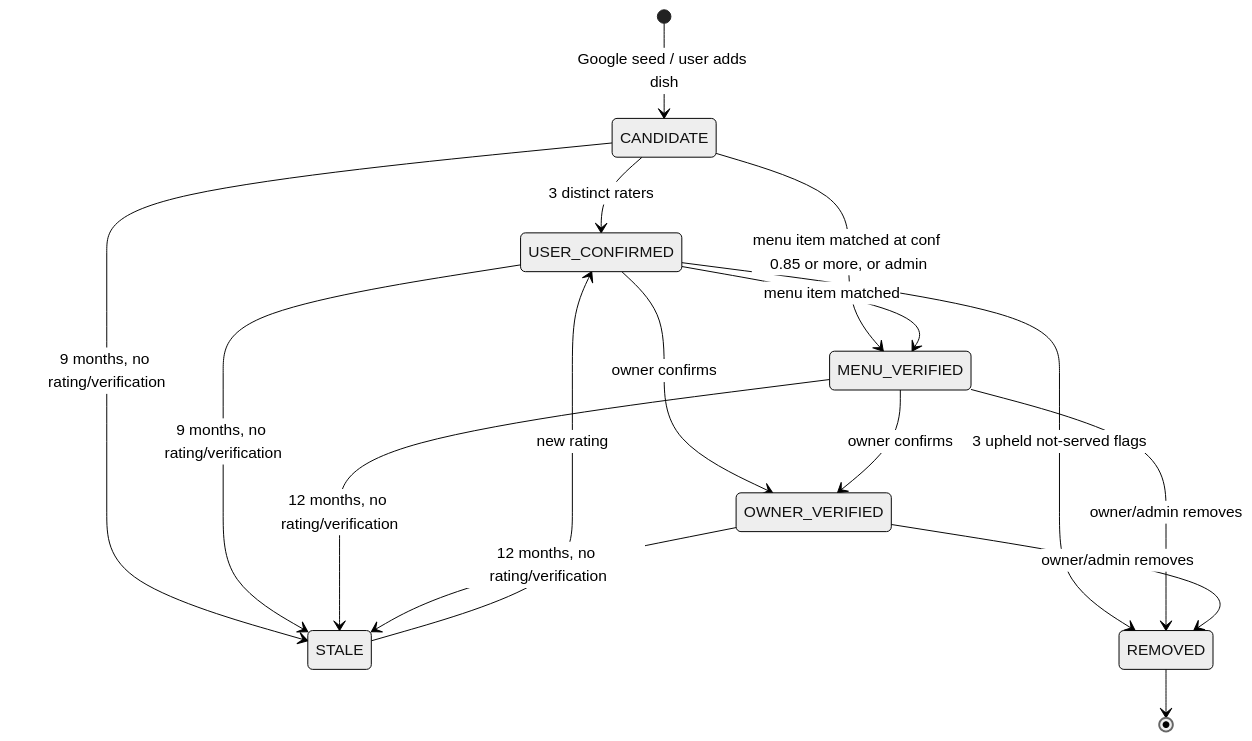
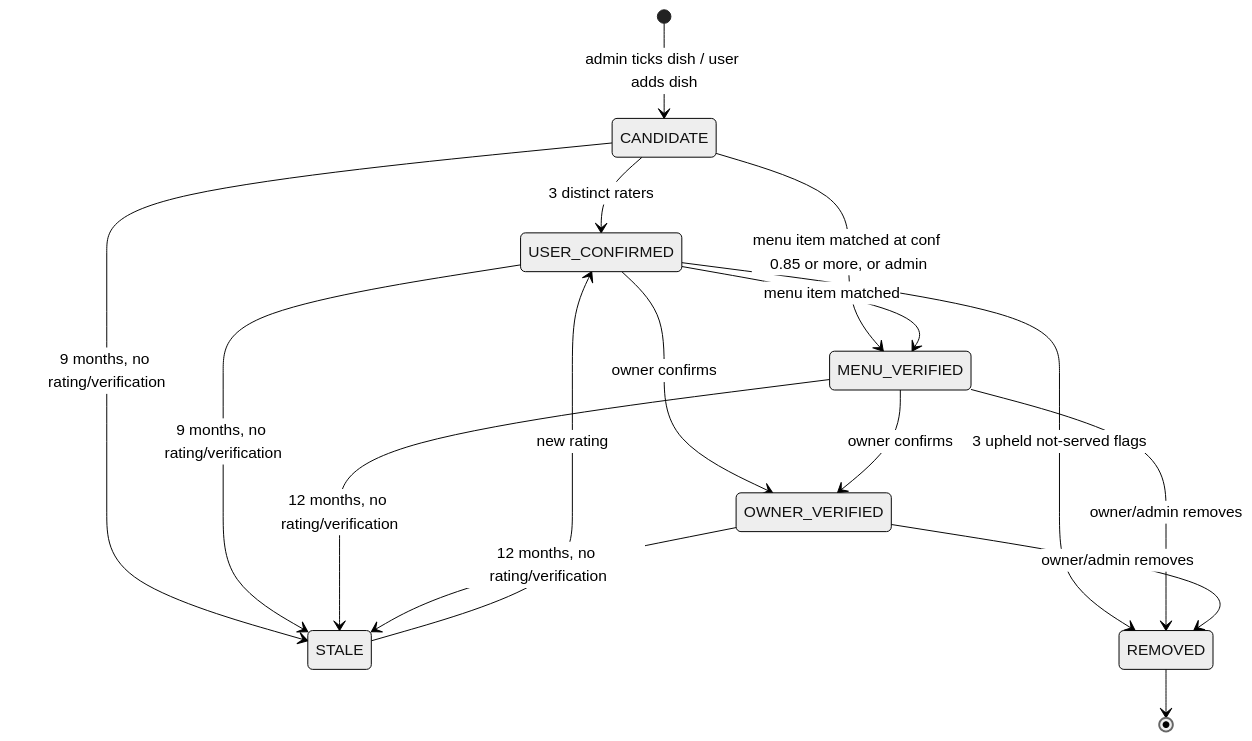
The diagram in docs/diagrams/restaurant-dish-lifecycle.mmd (JawadSarfraz/dishrank), drawn with Mermaid (neutral theme) before and after one commit. The commit also changed 19 other files, not shown here.

```diff
--- a/docs/diagrams/restaurant-dish-lifecycle.mmd
+++ b/docs/diagrams/restaurant-dish-lifecycle.mmd
@@ -1,16 +1,16 @@
 stateDiagram-v2
-  [*] --> CANDIDATE: Google seed / user adds dish
+  [*] --> CANDIDATE: admin ticks dish / user adds dish
   CANDIDATE --> USER_CONFIRMED: 3 distinct raters
   CANDIDATE --> MENU_VERIFIED: menu item matched at conf 0.85 or more, or admin
   USER_CONFIRMED --> MENU_VERIFIED: menu item matched
   USER_CONFIRMED --> OWNER_VERIFIED: owner confirms
   MENU_VERIFIED --> OWNER_VERIFIED: owner confirms
   CANDIDATE --> STALE: 9 months, no rating/verification
   USER_CONFIRMED --> STALE: 9 months, no rating/verification
   MENU_VERIFIED --> STALE: 12 months, no rating/verification
   OWNER_VERIFIED --> STALE: 12 months, no rating/verification
   STALE --> USER_CONFIRMED: new rating
   USER_CONFIRMED --> REMOVED: 3 upheld not-served flags
   MENU_VERIFIED --> REMOVED: owner/admin removes
   OWNER_VERIFIED --> REMOVED: owner/admin removes
   REMOVED --> [*]
```
